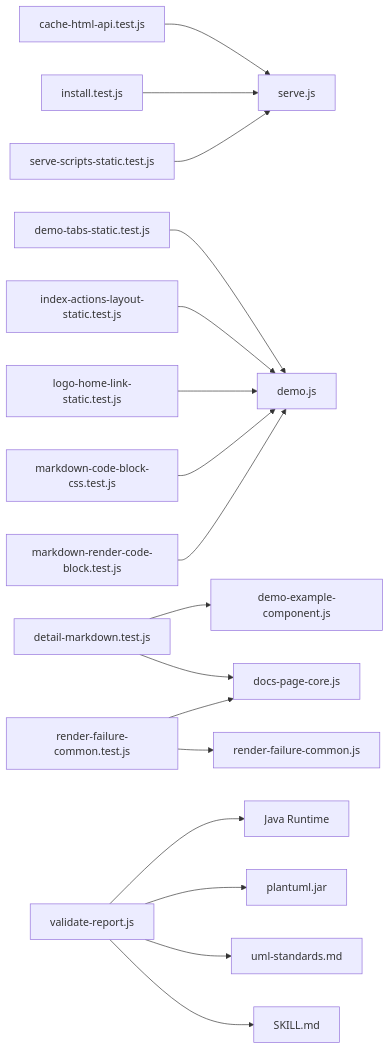
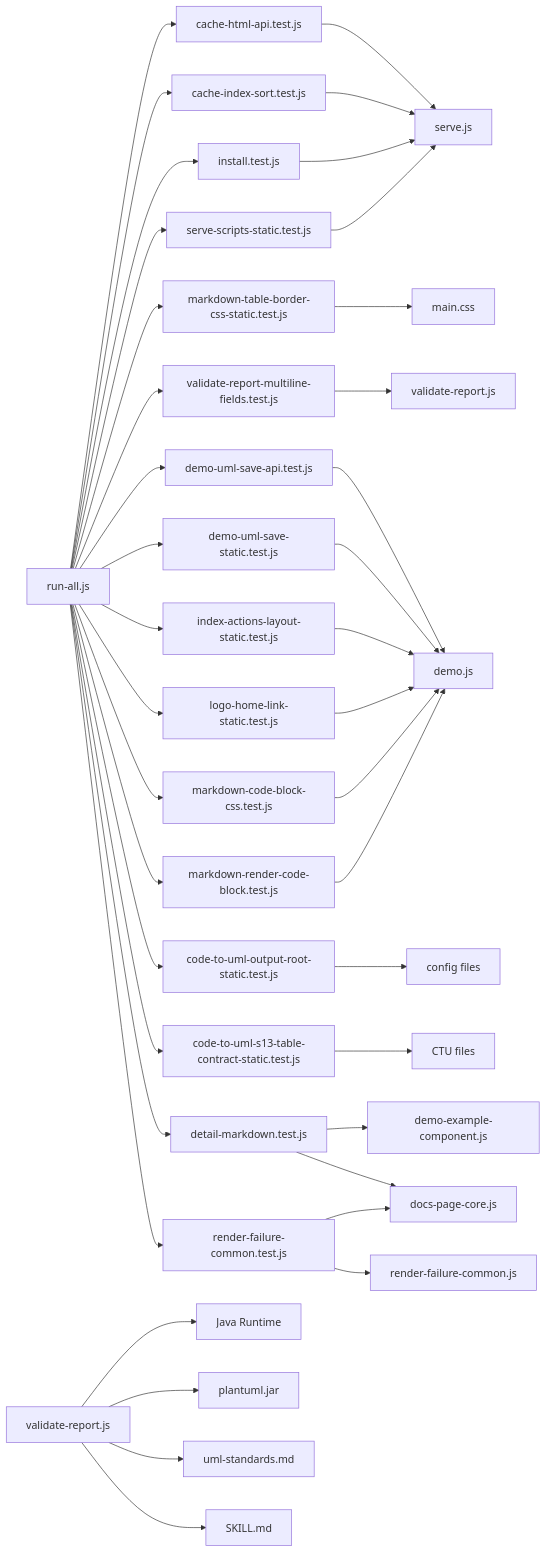
Before and after one commit to pingwurth/code-to-uml: diagram 11 of 11 in .qoder/repowiki/en/content/Testing and Quality Assurance.md, drawn with Mermaid. The commit also changed other lines of this file and 21 other files, not shown here.

Commit message:
chore(docs): 删除 Code-To-UML 介绍文档

````diff
--- a/.qoder/repowiki/en/content/Testing and Quality Assurance.md
+++ b/.qoder/repowiki/en/content/Testing and Quality Assurance.md
@@ -438,19 +553,41 @@
 ```mermaid
 graph LR
 T1["cache-html-api.test.js"] --> S["serve.js"]
-T2["demo-tabs-static.test.js"] --> D["demo.js"]
-T3["detail-markdown.test.js"] --> C1["demo-example-component.js"]
-T3 --> C2["docs-page-core.js"]
-T4["index-actions-layout-static.test.js"] --> D
-T5["install.test.js"] --> S
-T6["logo-home-link-static.test.js"] --> D
-T7["markdown-code-block-css.test.js"] --> D
-T8["markdown-render-code-block.test.js"] --> D
-T9["render-failure-common.test.js"] --> C3["render-failure-common.js"]
-T9 --> C2
-T10["serve-scripts-static.test.js"] --> S
+T2["markdown-table-border-css-static.test.js"] --> CSS["main.css"]
+T3["validate-report-multiline-fields.test.js"] --> VR["validate-report.js"]
+T4["demo-uml-save-api.test.js"] --> D["demo.js"]
+T5["demo-uml-save-static.test.js"] --> D
+T6["cache-index-sort.test.js"] --> S
+T7["code-to-uml-output-root-static.test.js"] --> CFG["config files"]
+T8["code-to-uml-s13-table-contract-static.test.js"] --> CTU["CTU files"]
+T9["detail-markdown.test.js"] --> C1["demo-example-component.js"]
+T9 --> C2["docs-page-core.js"]
+T10["index-actions-layout-static.test.js"] --> D
+T11["install.test.js"] --> S
+T12["logo-home-link-static.test.js"] --> D
+T13["markdown-code-block-css.test.js"] --> D
+T14["markdown-render-code-block.test.js"] --> D
+T15["render-failure-common.test.js"] --> C3["render-failure-common.js"]
+T15 --> C2
+T16["serve-scripts-static.test.js"] --> S
+TR["run-all.js"] --> T1
+TR --> T2
+TR --> T3
+TR --> T4
+TR --> T5
+TR --> T6
+TR --> T7
+TR --> T8
+TR --> T9
+TR --> T10
+TR --> T11
+TR --> T12
+TR --> T13
+TR --> T14
+TR --> T15
+TR --> T16
 V1["validate-report.js"] --> J["Java Runtime"]
 V1 --> P["plantuml.jar"]
 V1 --> U["uml-standards.md"]
 V1 --> K["SKILL.md"]
 ```
````
